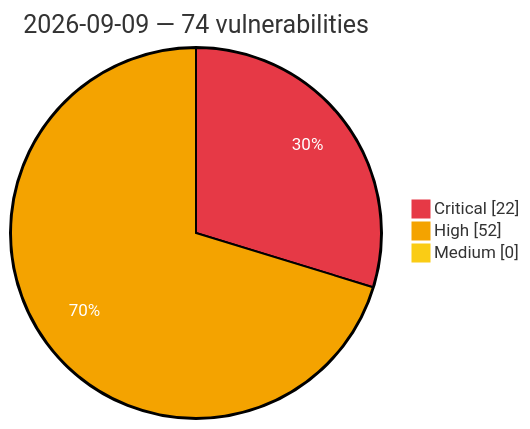
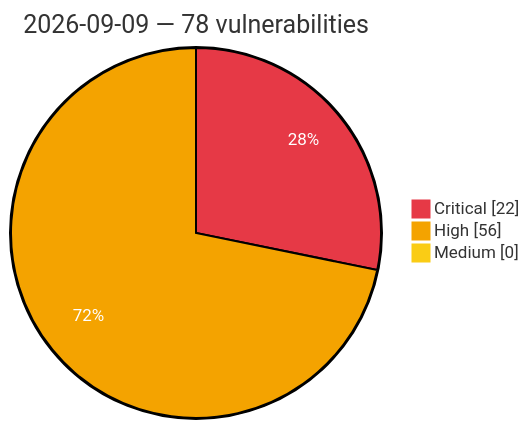
Before and after one commit to GhostX0X/vuln-tracker: the diagram in vulnerabilities/2026/September/2026-09-09.md, drawn with Mermaid. The commit also changed other lines of this file and 8 other files, not shown here.

````diff
--- a/vulnerabilities/2026/September/2026-09-09.md
+++ b/vulnerabilities/2026/September/2026-09-09.md
@@ -3,8 +3,8 @@
 ```mermaid
 %%{init: {'theme':'base', 'themeVariables': {'pie1':'#e63946', 'pie2':'#f4a300', 'pie3':'#facc15', 'pieOpacity':'1', 'pieOuterStrokeWidth':'2px', 'pieSectionTextColor':'#ffffff'}}}%%
 pie showData
-    title 2026-09-09 — 74 vulnerabilities
+    title 2026-09-09 — 78 vulnerabilities
     "Critical" : 22
-    "High" : 52
+    "High" : 56
     "Medium" : 0
 ```
````
